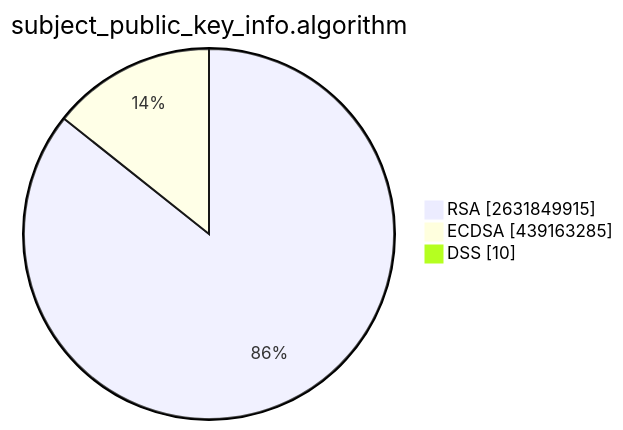
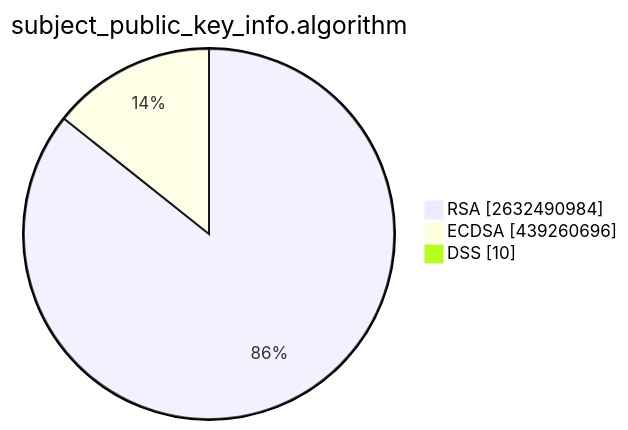
One commit to christiankrug/ctmonitor_visualization changed the second of 15 diagrams in TOTAL/README.md. Above: the diagram before and after it, drawn with Mermaid. The commit also changed other lines of this file, not shown here.

````diff
--- a/TOTAL/README.md
+++ b/TOTAL/README.md
@@ -6,7 +6,7 @@
 ```mermaid
 pie showData
 title subject_public_key_info.algorithm
-"RSA" :2631849915
-"ECDSA" :439163285
+"RSA" :2632490984
+"ECDSA" :439260696
 "DSS" :10
 ```
````
